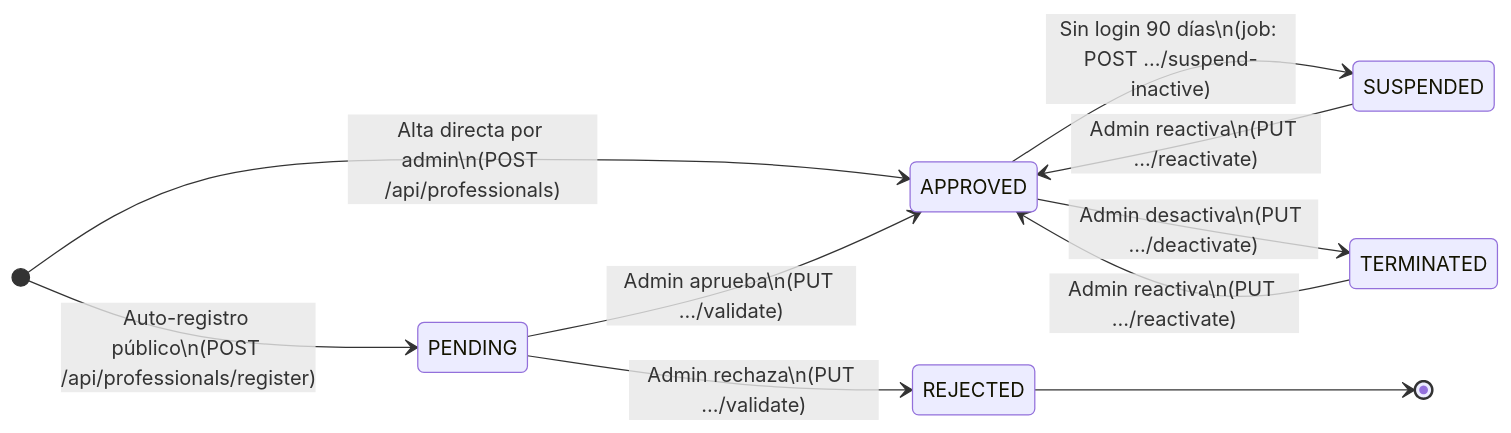
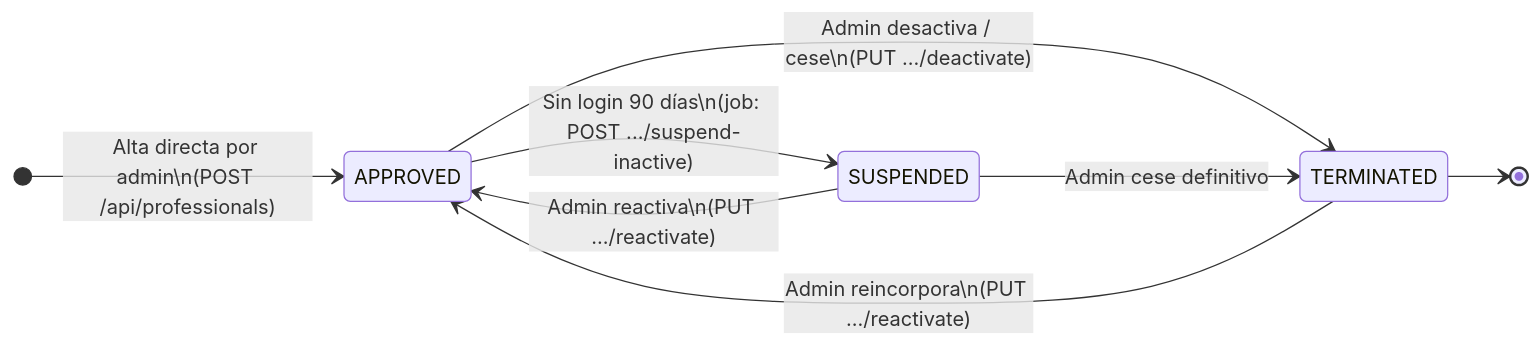
The third of 4 diagrams in InclusiON.Documents/Docs/diagrama-estados.md (Sacha-html/InclusiON), drawn with Mermaid before and after one commit. The commit also changed other lines of this file and 8 other files, not shown here.

````diff
--- a/InclusiON.Documents/Docs/diagrama-estados.md
+++ b/InclusiON.Documents/Docs/diagrama-estados.md
@@ -87,13 +85,11 @@
 ```mermaid
 stateDiagram-v2
     direction LR
-    [*] --> PENDING : Auto-registro público\n(POST /api/professionals/register)
     [*] --> APPROVED : Alta directa por admin\n(POST /api/professionals)
-    PENDING --> APPROVED : Admin aprueba\n(PUT .../validate)
-    PENDING --> REJECTED : Admin rechaza\n(PUT .../validate)
     APPROVED --> SUSPENDED : Sin login 90 días\n(job: POST .../suspend-inactive)
-    APPROVED --> TERMINATED : Admin desactiva\n(PUT .../deactivate)
+    APPROVED --> TERMINATED : Admin desactiva / cese\n(PUT .../deactivate)
     SUSPENDED --> APPROVED : Admin reactiva\n(PUT .../reactivate)
-    TERMINATED --> APPROVED : Admin reactiva\n(PUT .../reactivate)
-    REJECTED --> [*]
+    SUSPENDED --> TERMINATED : Admin cese definitivo
+    TERMINATED --> APPROVED : Admin reincorpora\n(PUT .../reactivate)
+    TERMINATED --> [*]
 ```
````
